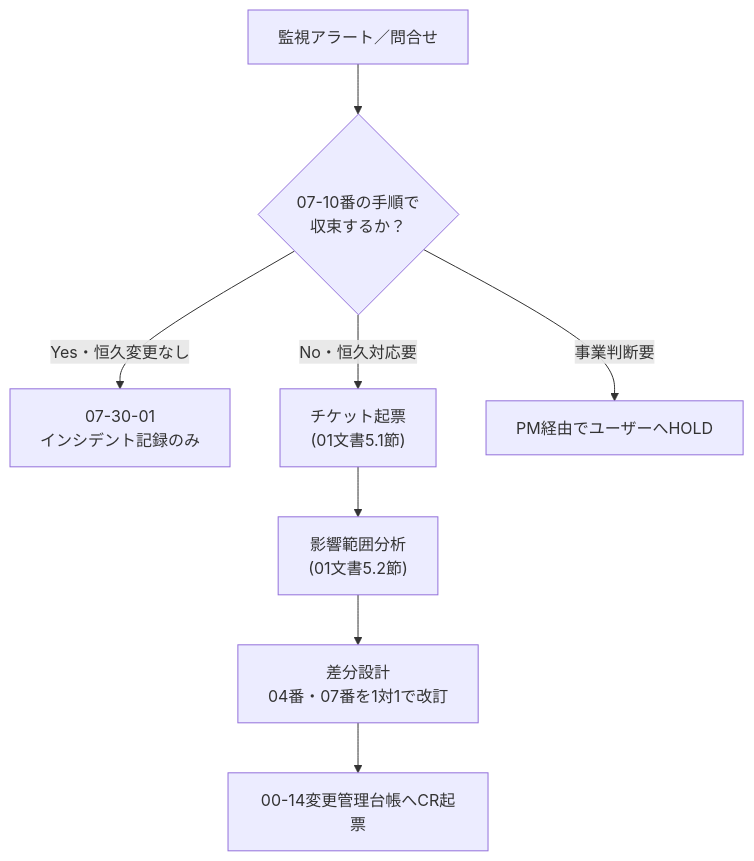
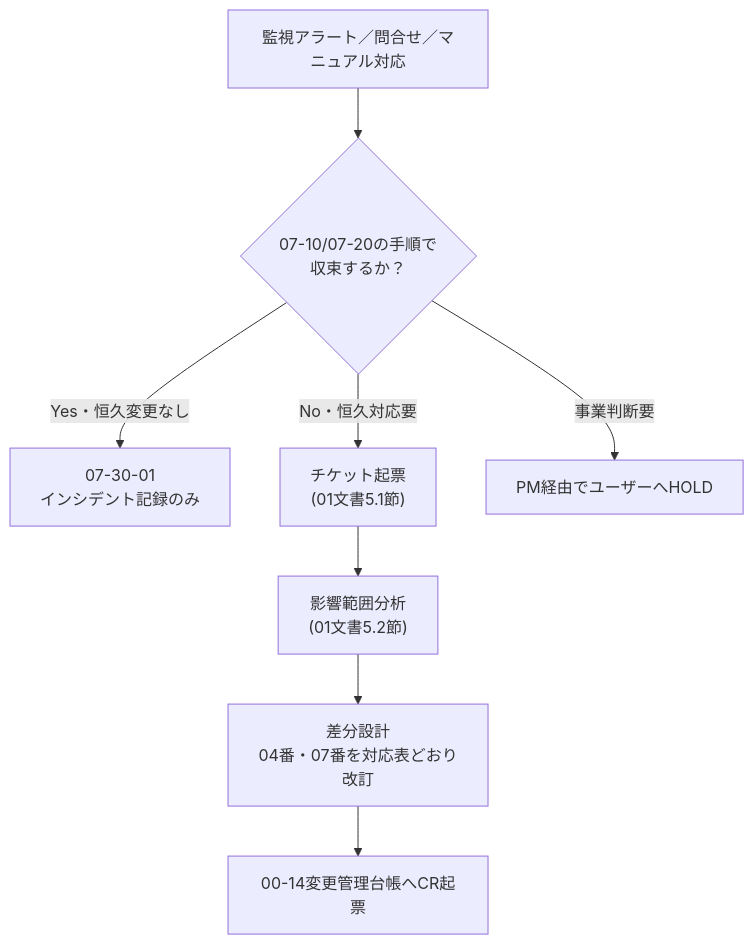
The second of 2 diagrams in docs/v2/04_運用設計体系定義書.md (k-tanaka-522/aidev), drawn with Mermaid before and after one commit. The commit also changed other lines of this file and 1 other file, not shown here.

First line of the commit message:
docs: 図版規約を drawio 別紙方式に訂正（03=版数1.1）

````diff
--- a/docs/v2/04_運用設計体系定義書.md
+++ b/docs/v2/04_運用設計体系定義書.md
@@ -385,10 +501,10 @@
 ```mermaid
 flowchart TB
-    ALERT["監視アラート／問合せ"] --> TRIAGE{"07-10番の手順で<br/>収束するか？"}
+    ALERT["監視アラート／問合せ／マニュアル対応"] --> TRIAGE{"07-10/07-20の手順で<br/>収束するか？"}
     TRIAGE -->|Yes・恒久変更なし| REC["07-30-01<br/>インシデント記録のみ"]
     TRIAGE -->|No・恒久対応要| TICKET["チケット起票<br/>(01文書5.1節)"]
     TICKET --> IA["影響範囲分析<br/>(01文書5.2節)"]
-    IA --> DD["差分設計<br/>04番・07番を1対1で改訂"]
+    IA --> DD["差分設計<br/>04番・07番を対応表どおり改訂"]
     DD --> CR["00-14変更管理台帳へCR起票"]
     TRIAGE -->|事業判断要| HOLD["PM経由でユーザーへHOLD"]
 ```
````
